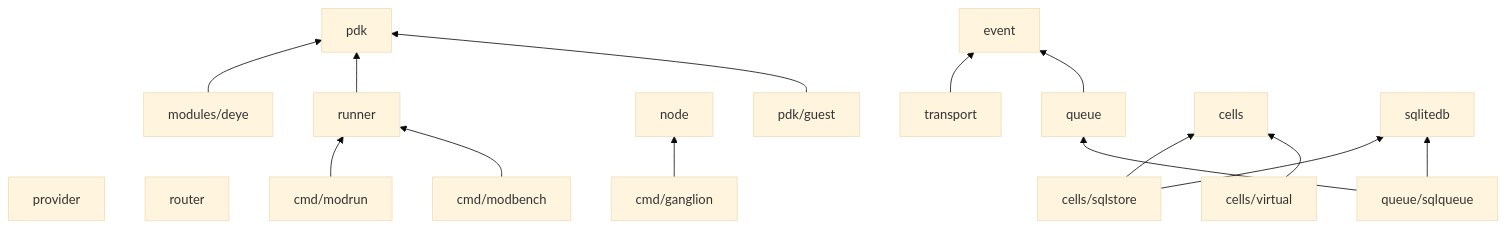
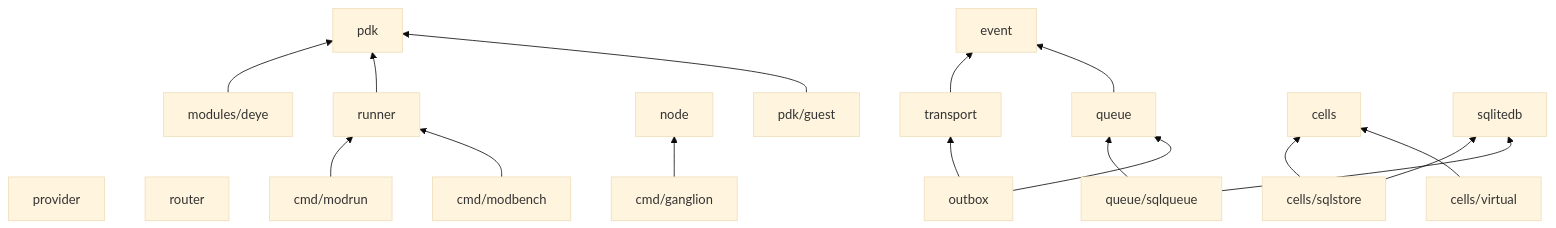
One commit to igorrius/ganglion changed the diagram in docs/architecture/05-code-map.md. Above: the diagram before and after it, drawn with Mermaid (base theme). The commit also changed other lines of this file and 6 other files, not shown here.

````diff
--- a/docs/architecture/05-code-map.md
+++ b/docs/architecture/05-code-map.md
@@ -42,22 +43,24 @@
 ```mermaid
 flowchart BT
     event["event"]
     transport["transport"] --> event
     queue["queue"] --> event
     provider["provider"]
     router["router"]
     node["node"]
     cmd["cmd/ganglion"] --> node
     pdk["pdk"]
     deye["modules/deye"] --> pdk
     runner["runner"] --> pdk
     modrun["cmd/modrun"] --> runner
     modbench["cmd/modbench"] --> runner
     guest["pdk/guest"] --> pdk
     cellsp["cells"]
     sqlstore["cells/sqlstore"] --> cellsp
     sqlstore --> sqlitedb["sqlitedb"]
     virtualb["cells/virtual"] --> cellsp
     sqlqueue["queue/sqlqueue"] --> queue
     sqlqueue --> sqlitedb
+    outboxp["outbox"] --> queue
+    outboxp --> transport
 ```
````
